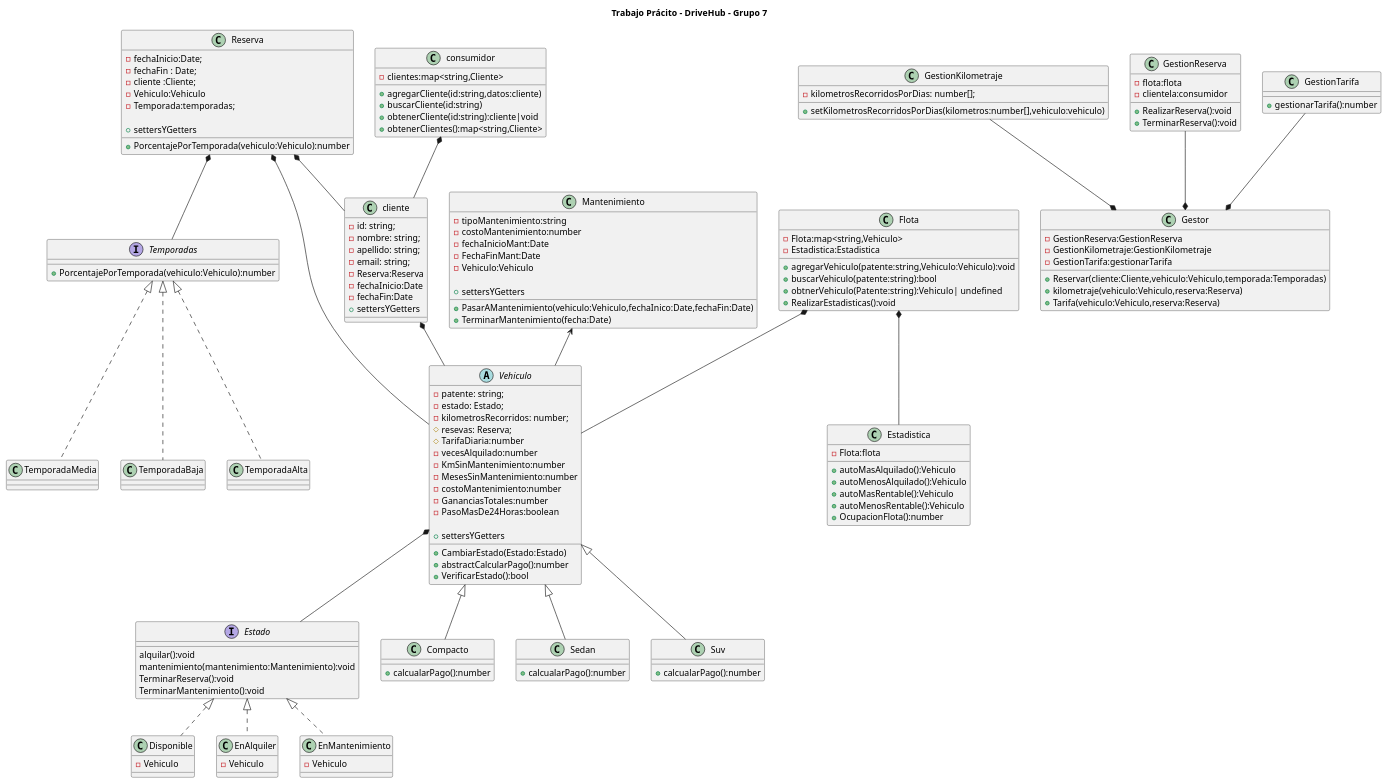
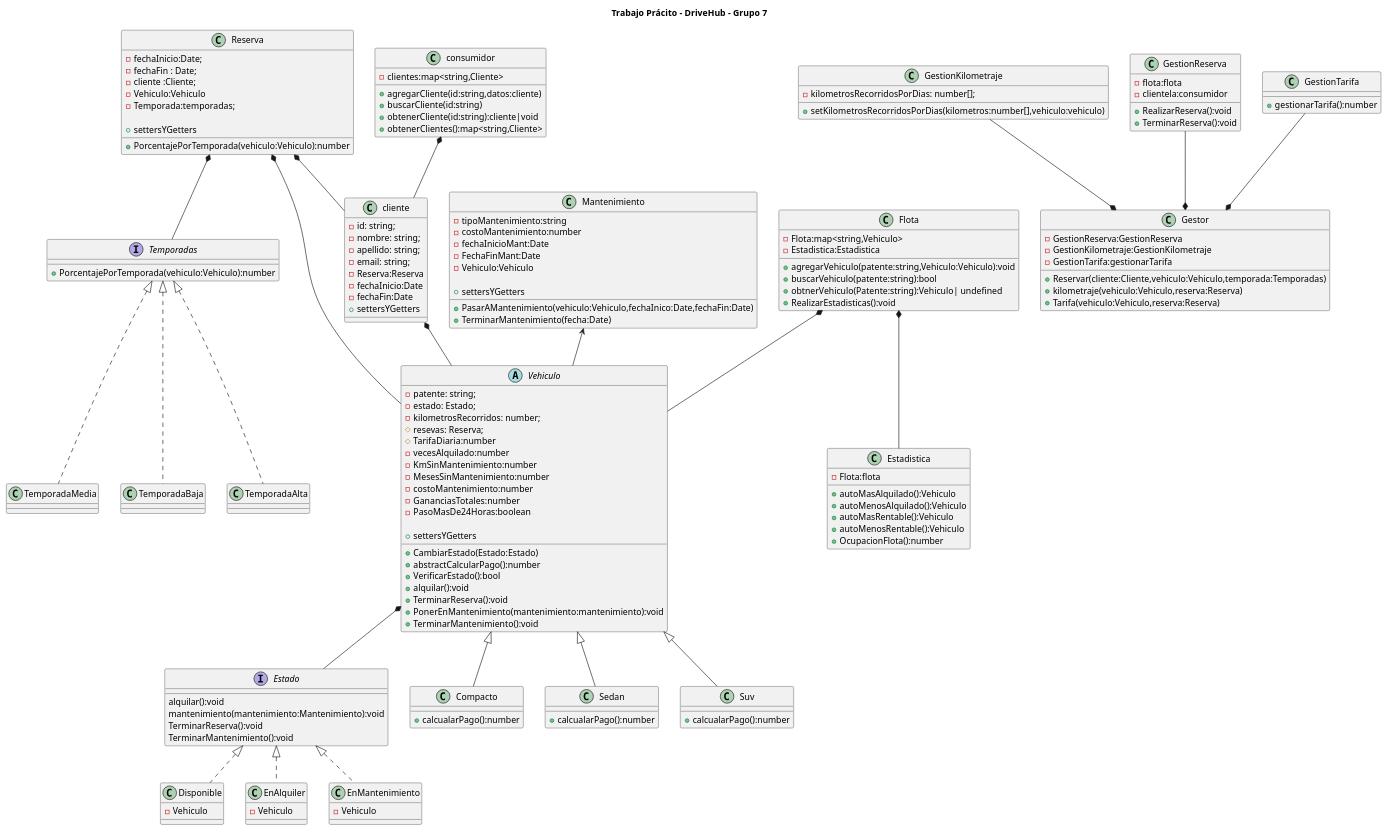
The diagram in diagramaUML/diagramaUml/diagramaFlotaVehiculos.puml (antonellaBelenVidela/Programacion2Grupo7), drawn with PlantUML before and after one commit. The commit also changed 32 other files, not shown here.

```diff
--- a/diagramaUML/diagramaUml/diagramaFlotaVehiculos.puml
+++ b/diagramaUML/diagramaUml/diagramaFlotaVehiculos.puml
@@ -1,163 +1,167 @@
 @startuml DriveHub
 
 title "Trabajo Prácito - DriveHub - Grupo 7"
 
  interface Estado{
     alquilar():void
     mantenimiento(mantenimiento:Mantenimiento):void
     TerminarReserva():void
     TerminarMantenimiento():void
  }
 
  class Disponible implements Estado{
    -Vehiculo
  }
  class EnAlquiler implements Estado{
   -Vehiculo
  }
  class EnMantenimiento implements Estado{
   -Vehiculo
  }
 
  interface Temporadas{
    +PorcentajePorTemporada(vehiculo:Vehiculo):number
  }
  class TemporadaAlta implements Temporadas{}
  class TemporadaMedia implements Temporadas{}
  class TemporadaBaja implements Temporadas{}
  
  class GestionKilometraje{
     - kilometrosRecorridosPorDias: number[];
     +setKilometrosRecorridosPorDias(kilometros:number[],vehiculo:vehiculo)
  }
 
  class GestionReserva{
    -flota:flota
    -clientela:consumidor
 
    +RealizarReserva():void
    +TerminarReserva():void
  }
 
  class GestionTarifa{
     +gestionarTarifa():number
  }
 
  class Gestor{
    -GestionReserva:GestionReserva
    -GestionKilometraje:GestionKilometraje
    -GestionTarifa:gestionarTarifa
 
    +Reservar(cliente:Cliente,vehiculo:Vehiculo,temporada:Temporadas)
    +kilometraje(vehiculo:Vehiculo,reserva:Reserva)
    +Tarifa(vehiculo:Vehiculo,reserva:Reserva)
  }
 
  abstract class Vehiculo{
     - patente: string;
     - estado: Estado;
     - kilometrosRecorridos: number;
     # resevas: Reserva;
     # TarifaDiaria:number
     - vecesAlquilado:number
     - KmSinMantenimiento:number
     - MesesSinMantenimiento:number
     - costoMantenimiento:number
     - GananciasTotales:number
     - PasoMasDe24Horas:boolean
 
     +settersYGetters
     +CambiarEstado(Estado:Estado)
     +abstractCalcularPago():number
     +VerificarEstado():bool
+    +alquilar():void
+    +TerminarReserva():void
+    +PonerEnMantenimiento(mantenimiento:mantenimiento):void
+    +TerminarMantenimiento():void
  }
 
  class Compacto Extends Vehiculo{
    +calcualarPago():number
  }
  
  class Sedan Extends Vehiculo{
    +calcualarPago():number
  }
 
  class Suv Extends Vehiculo{
     +calcualarPago():number
  }
 
  class cliente{
     - id: string; 
     - nombre: string;
     - apellido: string;
     - email: string; 
     - Reserva:Reserva
     - fechaInicio:Date
     - fechaFin:Date
    +settersYGetters
  }
 
  class consumidor{
    -clientes:map<string,Cliente>
 
    +agregarCliente(id:string,datos:cliente)
    +buscarCliente(id:string)
    +obtenerCliente(id:string):cliente|void
    +obtenerClientes():map<string,Cliente>
  }
 
  class Estadistica{
    -Flota:flota
   
   +autoMasAlquilado():Vehiculo
   +autoMenosAlquilado():Vehiculo
   +autoMasRentable():Vehiculo
   +autoMenosRentable():Vehiculo
   +OcupacionFlota():number
  }
 
  class Flota{
    -Flota:map<string,Vehiculo>
    -Estadistica:Estadistica
 
    +agregarVehiculo(patente:string,Vehiculo:Vehiculo):void
    +buscarVehiculo(patente:string):bool
    +obtnerVehiculo(Patente:string):Vehiculo| undefined
    +RealizarEstadisticas():void
  }
 
 
  class Mantenimiento{
     -tipoMantenimiento:string
     -costoMantenimiento:number
     -fechaInicioMant:Date
     -FechaFinMant:Date
     -Vehiculo:Vehiculo
 
     +settersYGetters
     +PasarAMantenimiento(vehiculo:Vehiculo,fechaInico:Date,fechaFin:Date)
     +TerminarMantenimiento(fecha:Date)
  }
 
  class Reserva{
     -fechaInicio:Date;
     -fechaFin : Date;
     -cliente :Cliente;
     -Vehiculo:Vehiculo
     -Temporada:temporadas;
 
     +settersYGetters
     +PorcentajePorTemporada(vehiculo:Vehiculo):number
  }
 
  GestionReserva --* Gestor
  GestionKilometraje --* Gestor
  GestionTarifa --* Gestor
  Mantenimiento <-- Vehiculo
  Flota *-- Vehiculo
  Flota *-- Estadistica
  consumidor *-- cliente
  cliente *-- Vehiculo
  Reserva *-- cliente
  Reserva *-- Vehiculo
  Reserva *-- Temporadas
  Vehiculo *-- Estado
 @enduml
```
